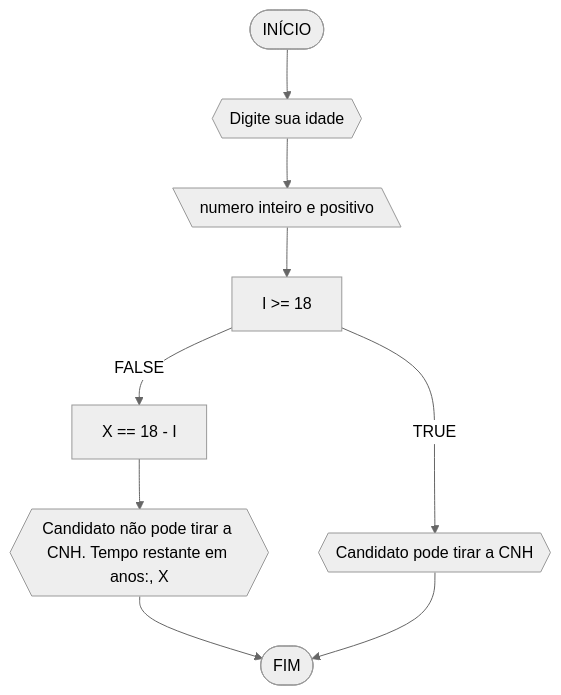
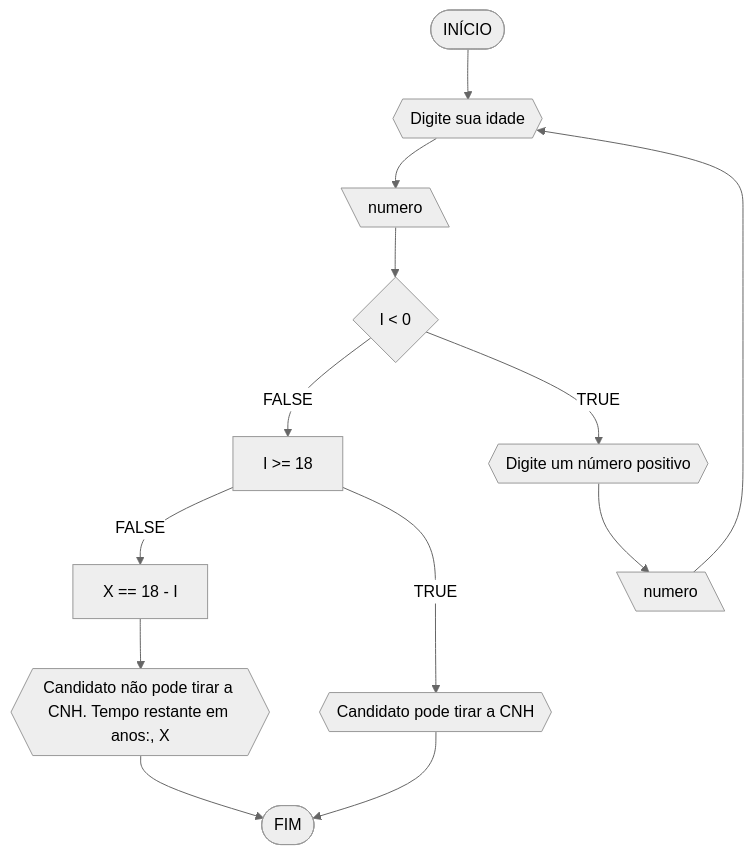
The fourth of 4 diagrams in RLA/AF1/lista01.md (LucasCarreiro7/UNIFOR), drawn with Mermaid (neutral theme) before and after one commit. The commit also changed other lines of this file, not shown here.

````diff
--- a/RLA/AF1/lista01.md
+++ b/RLA/AF1/lista01.md
@@ -140,11 +162,15 @@
 ```mermaid
 flowchart TD
 A([INÍCIO]) --> B{{Digite sua idade}}
-B --> C[\numero inteiro e positivo\]
-C --> D[I >= 18]
+B --> C[\numero\]
+C --> C2{I < 0}
+C2 --FALSE--> D[I >= 18]
+C2 --TRUE--> C3{{Digite um número positivo}}
+C3 --> C4[\numero\]
+C4 --> B
 D --FALSE--> E[X == 18 - I]
 E --> F{{Candidato não pode tirar a CNH. Tempo restante em anos:, X}}
 D --TRUE-->G{{Candidato pode tirar a CNH}}
 F --> Z([FIM])
 G --> Z
 ```
````
